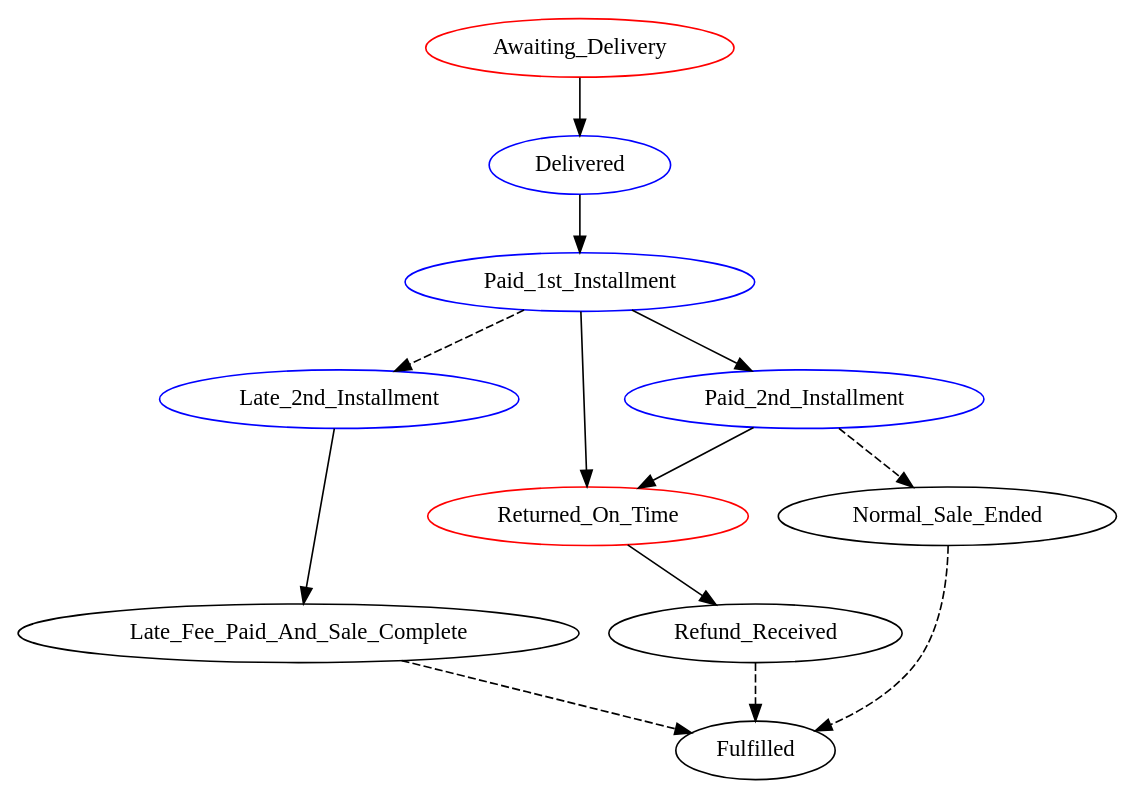
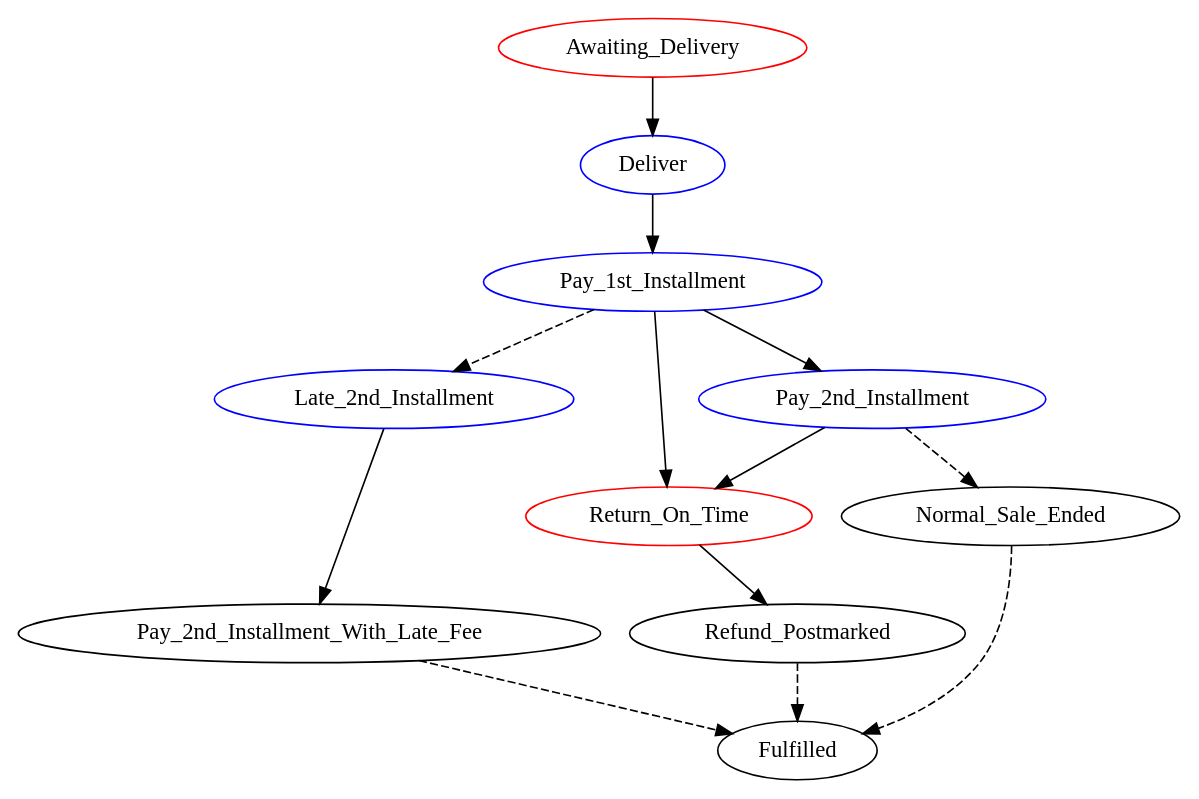
One commit to Marcao02/complaw-deeptech changed the diagram in linear_state_machine_language/out/hvitved_printer.dot. Above: the diagram before and after it, drawn with Graphviz. The commit also changed 16 other files, not shown here.

```diff
--- a/linear_state_machine_language/out/hvitved_printer.dot
+++ b/linear_state_machine_language/out/hvitved_printer.dot
@@ -1,25 +1,25 @@
 // THIS IS A GENERATED FILE. DO NOT EDIT.
 
 digraph Two_part_sale_Hvitved_Laser_Printer {
 	Awaiting_Delivery[label=Awaiting_Delivery,color=Red];
-	Delivered[label=Delivered,color=Blue];
-	Paid_1st_Installment[label=Paid_1st_Installment,color=Blue];
+	Deliver[label=Deliver,color=Blue];
+	Pay_1st_Installment[label=Pay_1st_Installment,color=Blue];
 	Late_2nd_Installment[label=Late_2nd_Installment,color=Blue];
-	Paid_2nd_Installment[label=Paid_2nd_Installment,color=Blue];
-	Returned_On_Time[label=Returned_On_Time,color=Red];
-	Late_Fee_Paid_And_Sale_Complete[label=Late_Fee_Paid_And_Sale_Complete];
+	Pay_2nd_Installment[label=Pay_2nd_Installment,color=Blue];
+	Return_On_Time[label=Return_On_Time,color=Red];
+	Pay_2nd_Installment_With_Late_Fee[label=Pay_2nd_Installment_With_Late_Fee];
 	Normal_Sale_Ended[label=Normal_Sale_Ended];
-	Refund_Received[label=Refund_Received];
-	Awaiting_Delivery -> Delivered;
-	Delivered -> Paid_1st_Installment;
-	Paid_1st_Installment -> Paid_2nd_Installment;
-	Paid_1st_Installment -> Returned_On_Time;
-	Paid_1st_Installment -> Late_2nd_Installment [style=dashed];
-	Late_2nd_Installment -> Late_Fee_Paid_And_Sale_Complete;
-	Paid_2nd_Installment -> Returned_On_Time;
-	Paid_2nd_Installment -> Normal_Sale_Ended [style=dashed];
-	Returned_On_Time -> Refund_Received;
-	Late_Fee_Paid_And_Sale_Complete -> Fulfilled [style=dashed];
+	Refund_Postmarked[label=Refund_Postmarked];
+	Awaiting_Delivery -> Deliver;
+	Deliver -> Pay_1st_Installment;
+	Pay_1st_Installment -> Return_On_Time;
+	Pay_1st_Installment -> Pay_2nd_Installment;
+	Pay_1st_Installment -> Late_2nd_Installment [style=dashed];
+	Late_2nd_Installment -> Pay_2nd_Installment_With_Late_Fee;
+	Pay_2nd_Installment -> Return_On_Time;
+	Pay_2nd_Installment -> Normal_Sale_Ended [style=dashed];
+	Return_On_Time -> Refund_Postmarked;
+	Pay_2nd_Installment_With_Late_Fee -> Fulfilled [style=dashed];
 	Normal_Sale_Ended -> Fulfilled [style=dashed];
-	Refund_Received -> Fulfilled [style=dashed];
+	Refund_Postmarked -> Fulfilled [style=dashed];
 }
```
